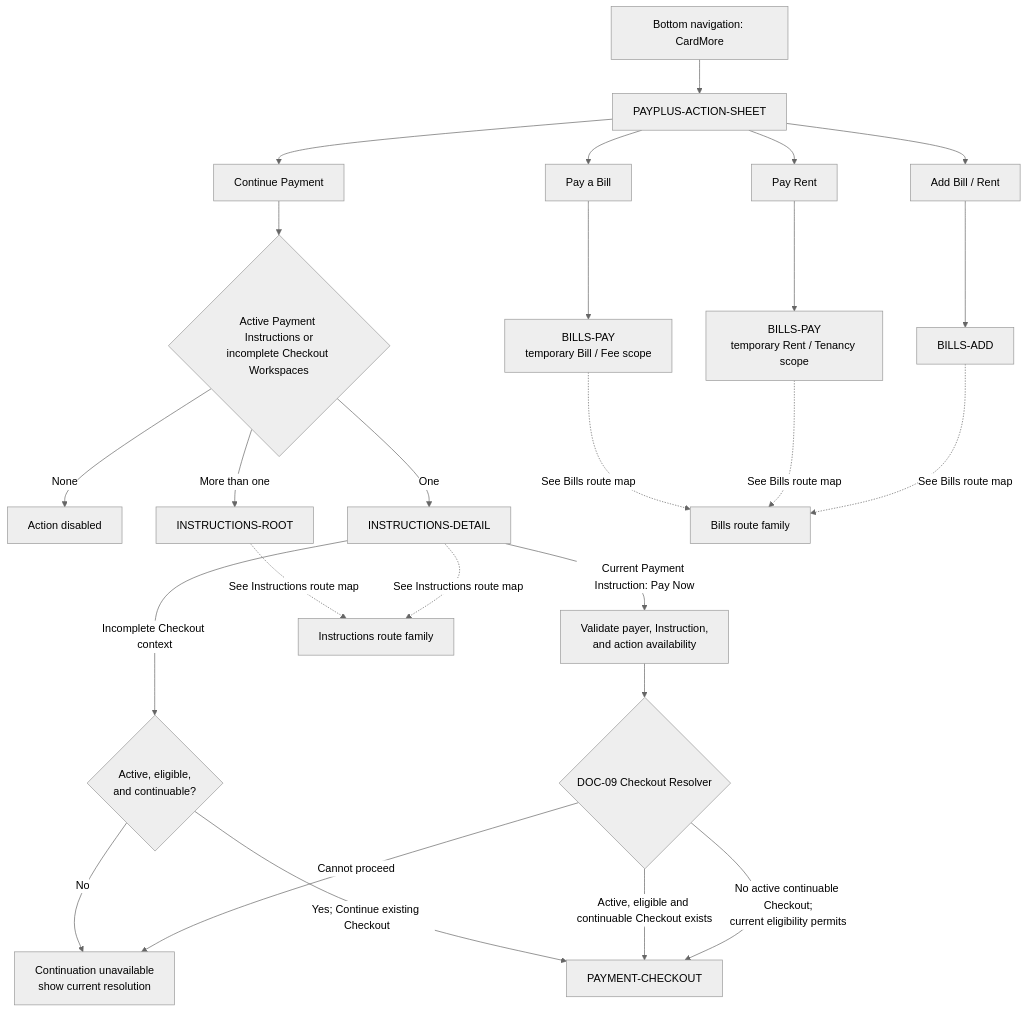
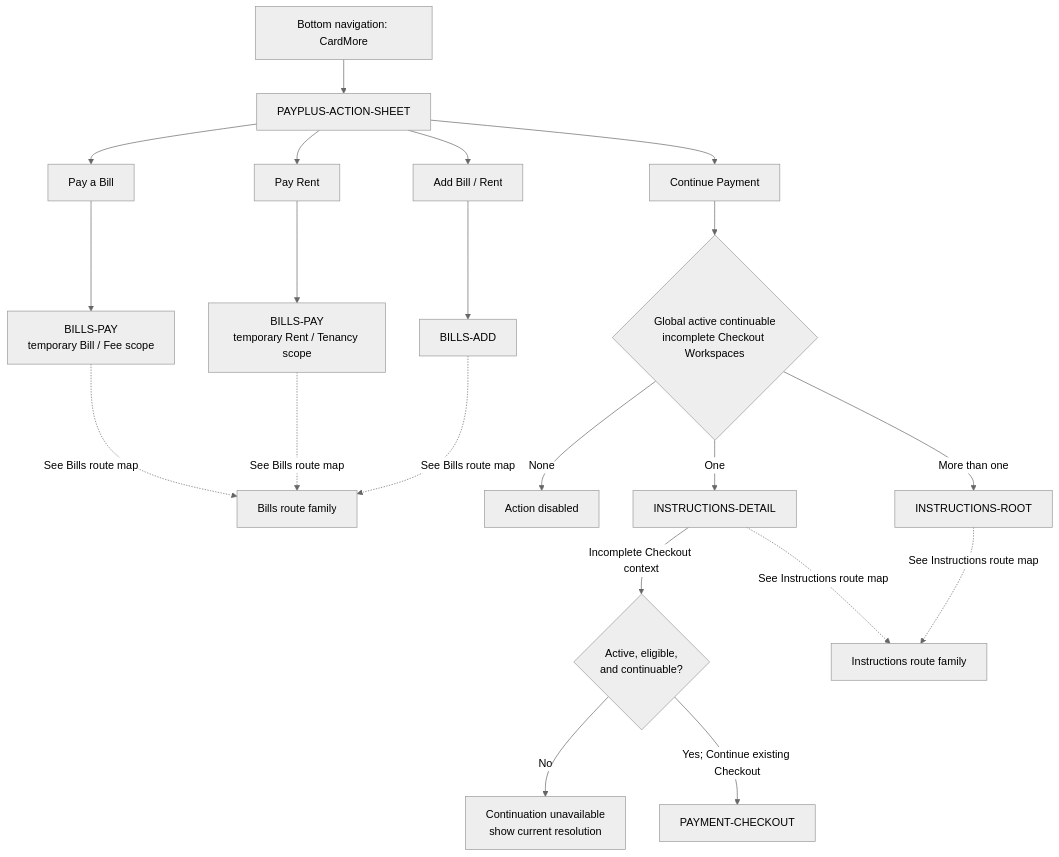
The diagram in docs/diagrams/routes/payplus-action-sheet-route-map.md (adminpayplus/payplus-docs), drawn with Mermaid (neutral theme) before and after one commit. The commit also changed other lines of this file and 36 other files, not shown here.

````diff
--- a/docs/diagrams/routes/payplus-action-sheet-route-map.md
+++ b/docs/diagrams/routes/payplus-action-sheet-route-map.md
@@ -10,35 +10,29 @@
 ```mermaid
 flowchart TD
   PLUS["Bottom navigation: CardMore"] --> SHEET["PAYPLUS-ACTION-SHEET"]
 
   SHEET --> BILL["Pay a Bill"]
   SHEET --> RENT["Pay Rent"]
   SHEET --> ADD["Add Bill / Rent"]
   SHEET --> CONTINUE["Continue Payment"]
 
   BILL --> BILLPAY["BILLS-PAY<br/>temporary Bill / Fee scope"]
   RENT --> RENTPAY["BILLS-PAY<br/>temporary Rent / Tenancy scope"]
   ADD --> BILLSADD["BILLS-ADD"]
 
-  CONTINUE --> COUNT{"Active Payment Instructions or<br/>incomplete Checkout Workspaces"}
+  CONTINUE --> COUNT{"Global active continuable<br/>incomplete Checkout Workspaces"}
   COUNT -->|"None"| DISABLED["Action disabled"]
   COUNT -->|"One"| DETAIL["INSTRUCTIONS-DETAIL"]
   COUNT -->|"More than one"| ROOT["INSTRUCTIONS-ROOT"]
 
   DETAIL -->|"Incomplete Checkout context"| ALLOWED{"Active, eligible,<br/>and continuable?"}
   ALLOWED -->|"No"| VISIBLE["Continuation unavailable<br/>show current resolution"]
   ALLOWED -->|"Yes; Continue existing Checkout"| CHECKOUT["PAYMENT-CHECKOUT"]
 
-  DETAIL -->|"Current Payment Instruction: Pay Now"| IPVALID["Validate payer, Instruction,<br/>and action availability"]
-  IPVALID --> RESOLVER{"DOC-09 Checkout Resolver"}
-  RESOLVER -->|"Active, eligible and continuable Checkout exists"| CHECKOUT
-  RESOLVER -->|"No active continuable Checkout;<br/>current eligibility permits"| CHECKOUT
-  RESOLVER -->|"Cannot proceed"| VISIBLE
-
   BILLPAY -. "See Bills route map" .-> BILLSFAMILY["Bills route family"]
   RENTPAY -. "See Bills route map" .-> BILLSFAMILY
   BILLSADD -. "See Bills route map" .-> BILLSFAMILY
   ROOT -. "See Instructions route map" .-> INSTRUCTIONFAMILY["Instructions route family"]
   DETAIL -. "See Instructions route map" .-> INSTRUCTIONFAMILY
 
 ```
````
